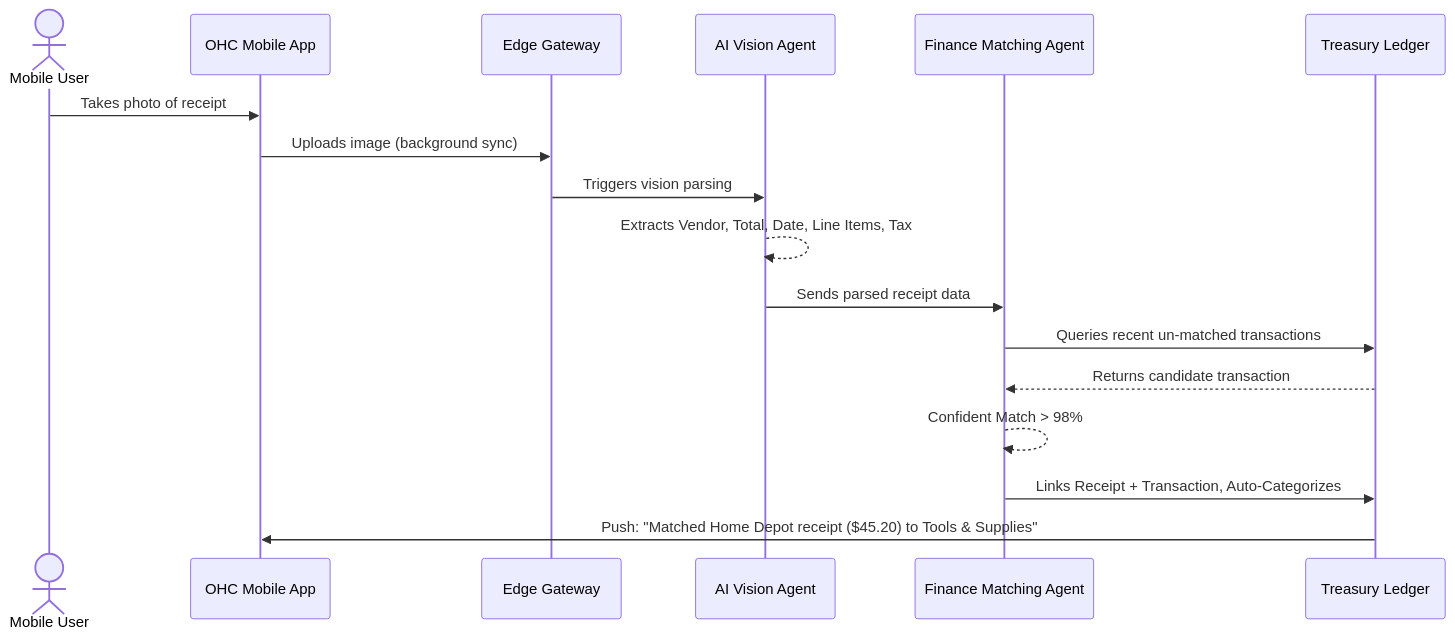
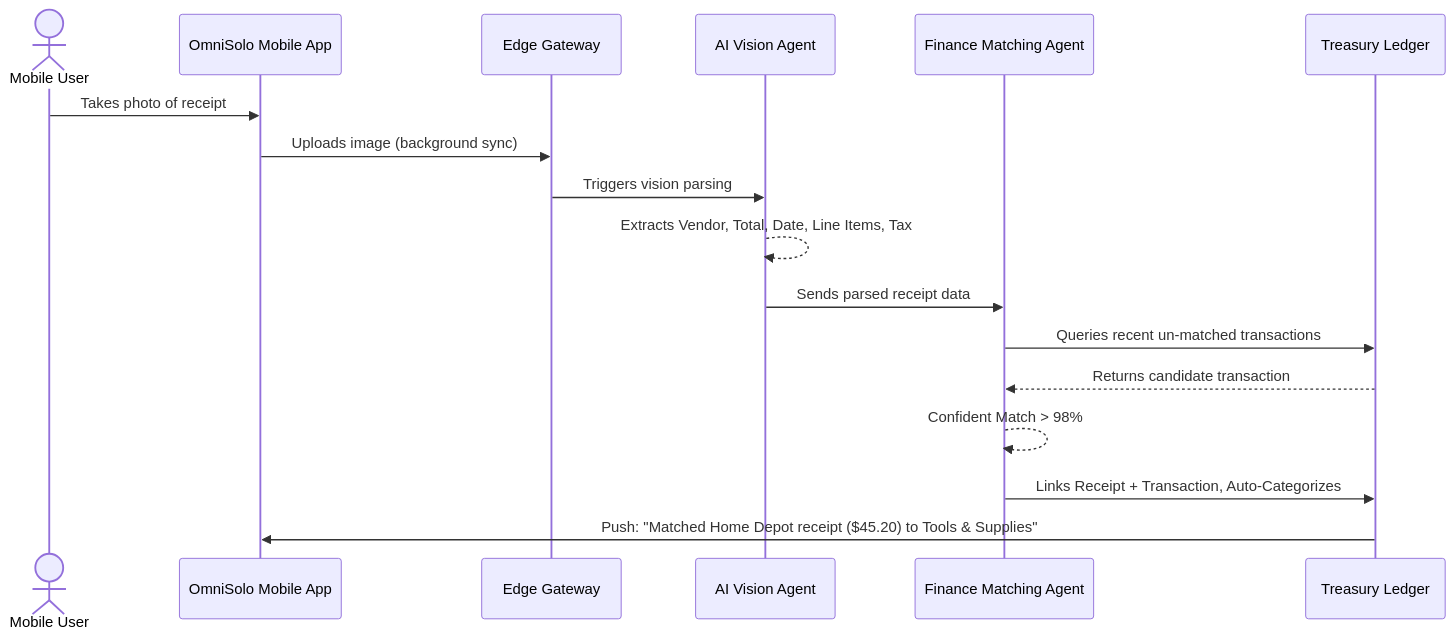
Before and after one commit to omnisolo-llc/onehumancorp: the second of 2 diagrams in docs/research/[architecture]_autonomous_receipt_and_expense_intelligence_engine.md, drawn with Mermaid. The commit also changed other lines of this file and 2191 other files, not shown here.

Commit message:
feat: complete OmniSolo rename and browser audit

````diff
--- a/docs/research/[architecture]_autonomous_receipt_and_expense_intelligence_engine.md
+++ b/docs/research/[architecture]_autonomous_receipt_and_expense_intelligence_engine.md
@@ -55,20 +55,20 @@
 ```mermaid
 sequenceDiagram
     actor Mobile User
-    participant OHC Mobile App
+    participant OmniSolo Mobile App
     participant Edge Gateway
     participant AI Vision Agent
     participant Finance Matching Agent
     participant Treasury Ledger
 
-    Mobile User->>OHC Mobile App: Takes photo of receipt
-    OHC Mobile App->>Edge Gateway: Uploads image (background sync)
+    Mobile User->>OmniSolo Mobile App: Takes photo of receipt
+    OmniSolo Mobile App->>Edge Gateway: Uploads image (background sync)
     Edge Gateway->>AI Vision Agent: Triggers vision parsing
     AI Vision Agent-->>AI Vision Agent: Extracts Vendor, Total, Date, Line Items, Tax
     AI Vision Agent->>Finance Matching Agent: Sends parsed receipt data
     Finance Matching Agent->>Treasury Ledger: Queries recent un-matched transactions
     Treasury Ledger-->>Finance Matching Agent: Returns candidate transaction
     Finance Matching Agent-->>Finance Matching Agent: Confident Match > 98%
     Finance Matching Agent->>Treasury Ledger: Links Receipt + Transaction, Auto-Categorizes
-    Treasury Ledger->>OHC Mobile App: Push: "Matched Home Depot receipt ($45.20) to Tools & Supplies"
+    Treasury Ledger->>OmniSolo Mobile App: Push: "Matched Home Depot receipt ($45.20) to Tools & Supplies"
 ```
````
